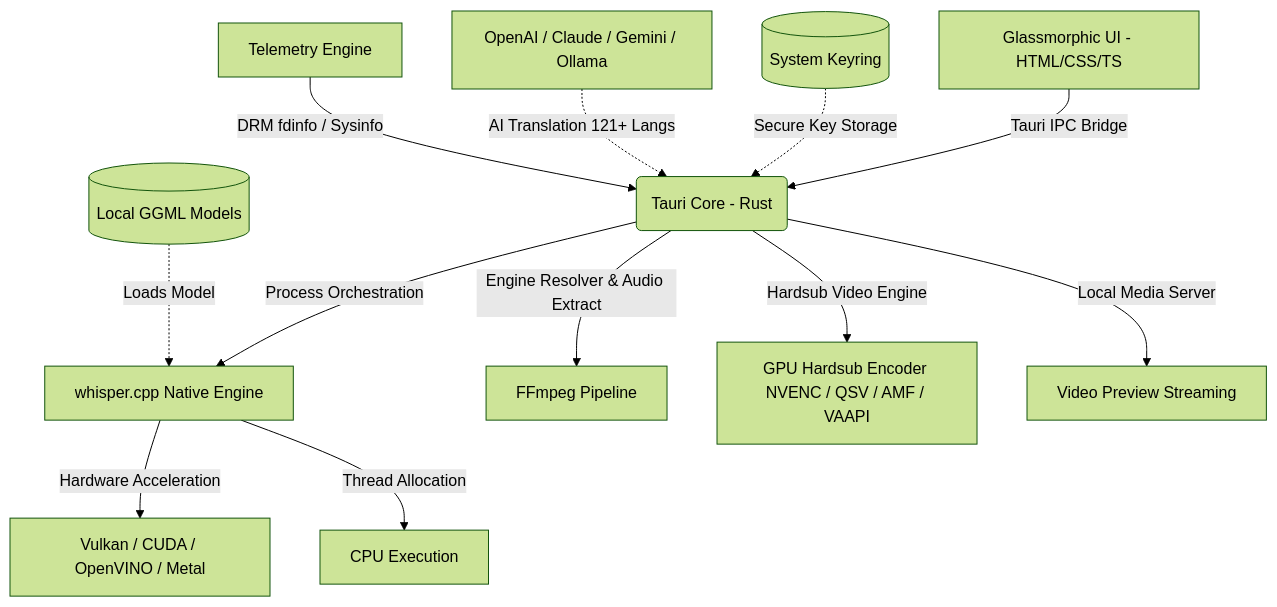
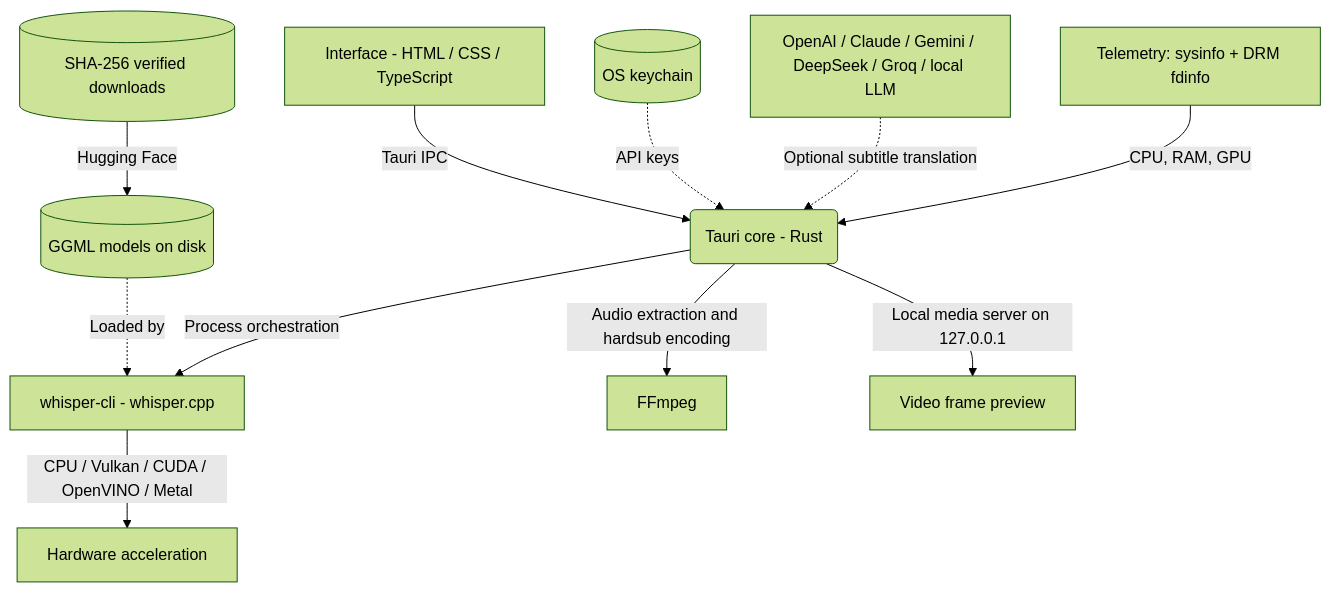
The diagram in README.md (AtomicError/whisper-desktop), drawn with Mermaid (forest theme) before and after one commit. The commit also changed other lines of this file and 6 other files, not shown here.

````diff
--- a/README.md
+++ b/README.md
@@ -101,14 +409,13 @@
 ```mermaid
 graph TD
-    A[Glassmorphic UI - HTML/CSS/TS] -->|Tauri IPC Bridge| B(Tauri Core - Rust)
-    B -->|Process Orchestration| C[whisper.cpp Native Engine]
-    B -->|Engine Resolver & Audio Extract| G[FFmpeg Pipeline]
-    B -->|Hardsub Video Engine| H[GPU Hardsub Encoder NVENC / QSV / AMF / VAAPI]
-    B -->|Local Media Server| K[Video Preview Streaming]
-    C -->|Hardware Acceleration| E[Vulkan / CUDA / OpenVINO / Metal]
-    C -->|Thread Allocation| D[CPU Execution]
-    F[(Local GGML Models)] -.->|Loads Model| C
-    I[(System Keyring)] -.->|Secure Key Storage| B
-    J[OpenAI / Claude / Gemini / Ollama] -.->|AI Translation 121+ Langs| B
-    L[Telemetry Engine] -->|DRM fdinfo / Sysinfo| B
+    A[Interface - HTML / CSS / TypeScript] -->|Tauri IPC| B(Tauri core - Rust)
+    B -->|Process orchestration| C[whisper-cli - whisper.cpp]
+    B -->|Audio extraction and hardsub encoding| G[FFmpeg]
+    B -->|Local media server on 127.0.0.1| K[Video frame preview]
+    C -->|CPU / Vulkan / CUDA / OpenVINO / Metal| E[Hardware acceleration]
+    F[(GGML models on disk)] -.->|Loaded by| C
+    D[(SHA-256 verified downloads)] -->|Hugging Face| F
+    I[(OS keychain)] -.->|API keys| B
+    J[OpenAI / Claude / Gemini / DeepSeek / Groq / local LLM] -.->|Optional subtitle translation| B
+    L[Telemetry: sysinfo + DRM fdinfo] -->|CPU, RAM, GPU| B
 ```
````
